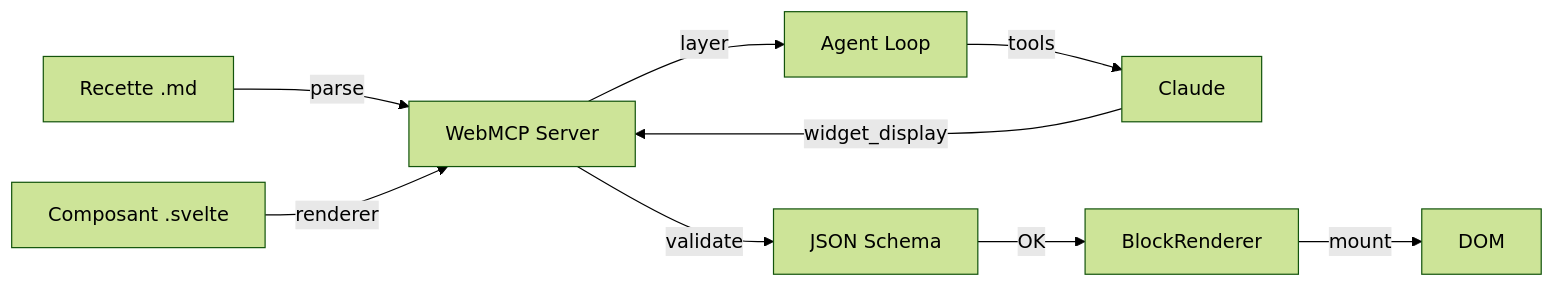
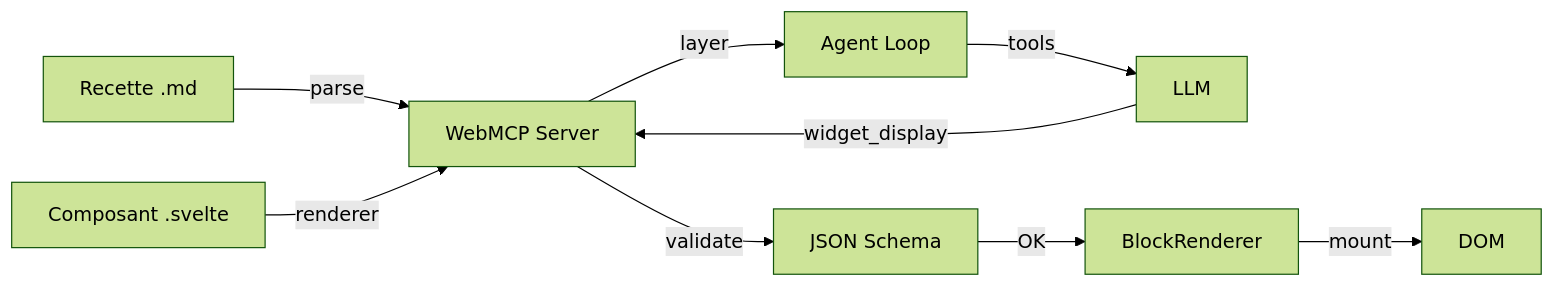
Before and after one commit to jeanbaptiste/webmcp-auto-ui: the third of 3 diagrams in docs-site/src/content/docs/tutorials/create-custom-widget.mdx, drawn with Mermaid (forest theme). The commit also changed 131 other files, not shown here.

````diff
--- a/docs-site/src/content/docs/tutorials/create-custom-widget.mdx
+++ b/docs-site/src/content/docs/tutorials/create-custom-widget.mdx
@@ -434,11 +434,11 @@
 ```mermaid
 graph LR
     Recipe[Recette .md] -->|parse| Server[WebMCP Server]
     Component[Composant .svelte] -->|renderer| Server
     Server -->|layer| Loop[Agent Loop]
-    Loop -->|tools| LLM[Claude]
+    Loop -->|tools| LLM[LLM]
     LLM -->|widget_display| Server
     Server -->|validate| Schema[JSON Schema]
     Schema -->|OK| Renderer[BlockRenderer]
     Renderer -->|mount| DOM
 ```
````
